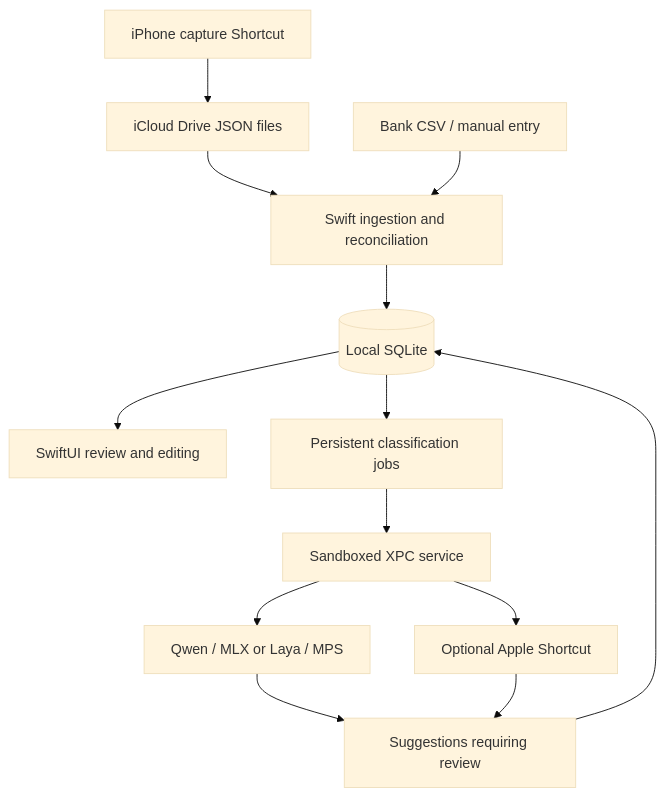
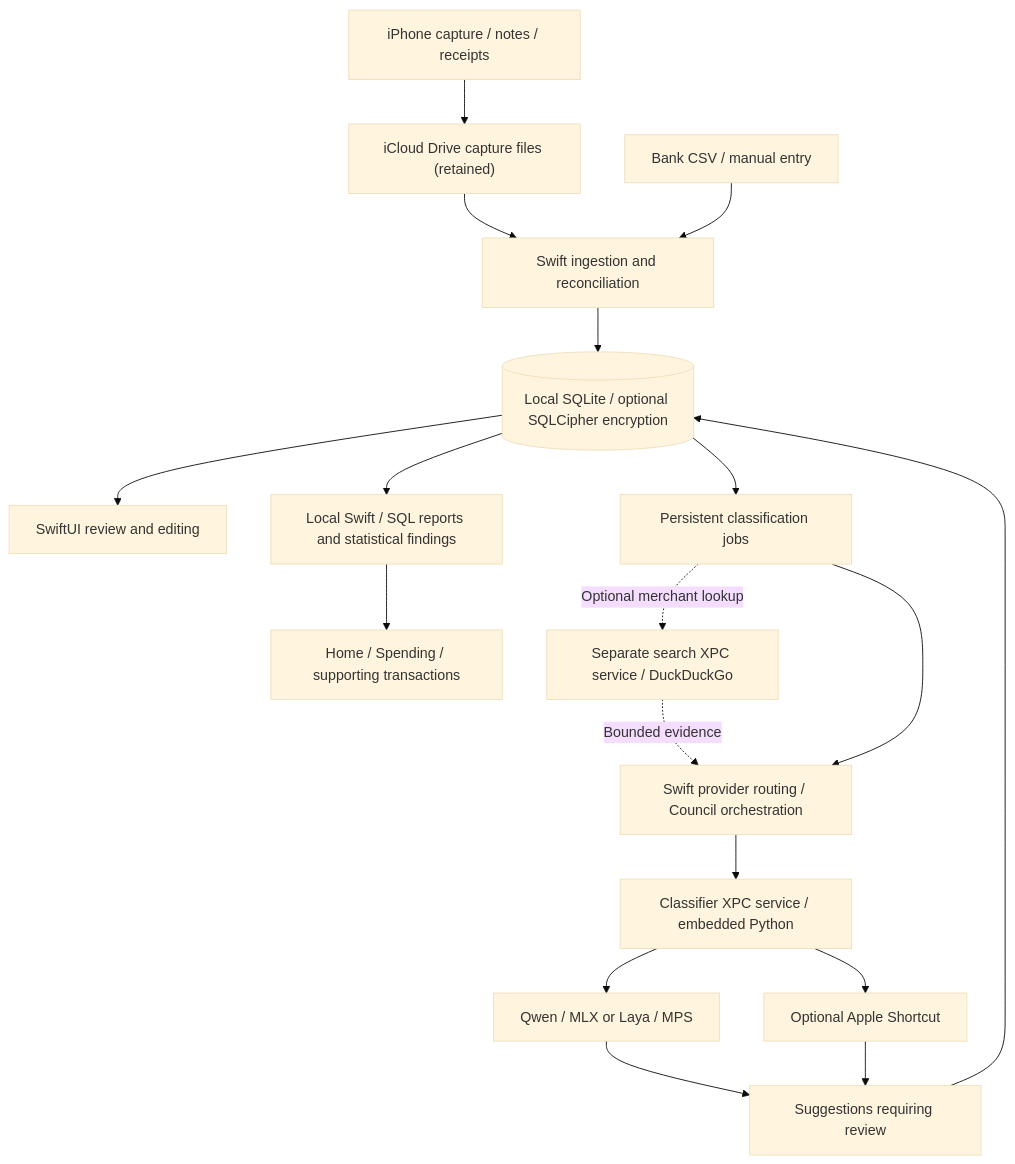
The diagram in README.md (Henry-The-Yang-101/GroundKeeper), drawn with Mermaid (base theme) before and after one commit. The commit also changed other lines of this file, not shown here.

Commit message:
Refresh root README for spending analysis and vault workflows

````diff
--- a/README.md
+++ b/README.md
@@ -54,15 +139,20 @@
 ```mermaid
 flowchart TD
-    Phone["iPhone capture Shortcut"] --> Files["iCloud Drive JSON files"]
+    Phone["iPhone capture / notes / receipts"] --> Files["iCloud Drive capture files (retained)"]
     Files --> Core["Swift ingestion and reconciliation"]
     CSV["Bank CSV / manual entry"] --> Core
-    Core --> DB[("Local SQLite")]
+    Core --> DB[("Local SQLite / optional SQLCipher encryption")]
     DB --> UI["SwiftUI review and editing"]
+    DB --> Reports["Local Swift / SQL reports and statistical findings"]
+    Reports --> Spending["Home / Spending / supporting transactions"]
     DB --> Jobs["Persistent classification jobs"]
-    Jobs --> XPC["Sandboxed XPC service"]
+    Jobs -. "Optional merchant lookup" .-> Search["Separate search XPC service / DuckDuckGo"]
+    Search -. "Bounded evidence" .-> Routing["Swift provider routing / Council orchestration"]
+    Jobs --> Routing
+    Routing --> XPC["Classifier XPC service / embedded Python"]
     XPC --> Local["Qwen / MLX or Laya / MPS"]
     XPC --> Optional["Optional Apple Shortcut"]
     Local --> Review["Suggestions requiring review"]
     Optional --> Review
     Review --> DB
 ```
````
